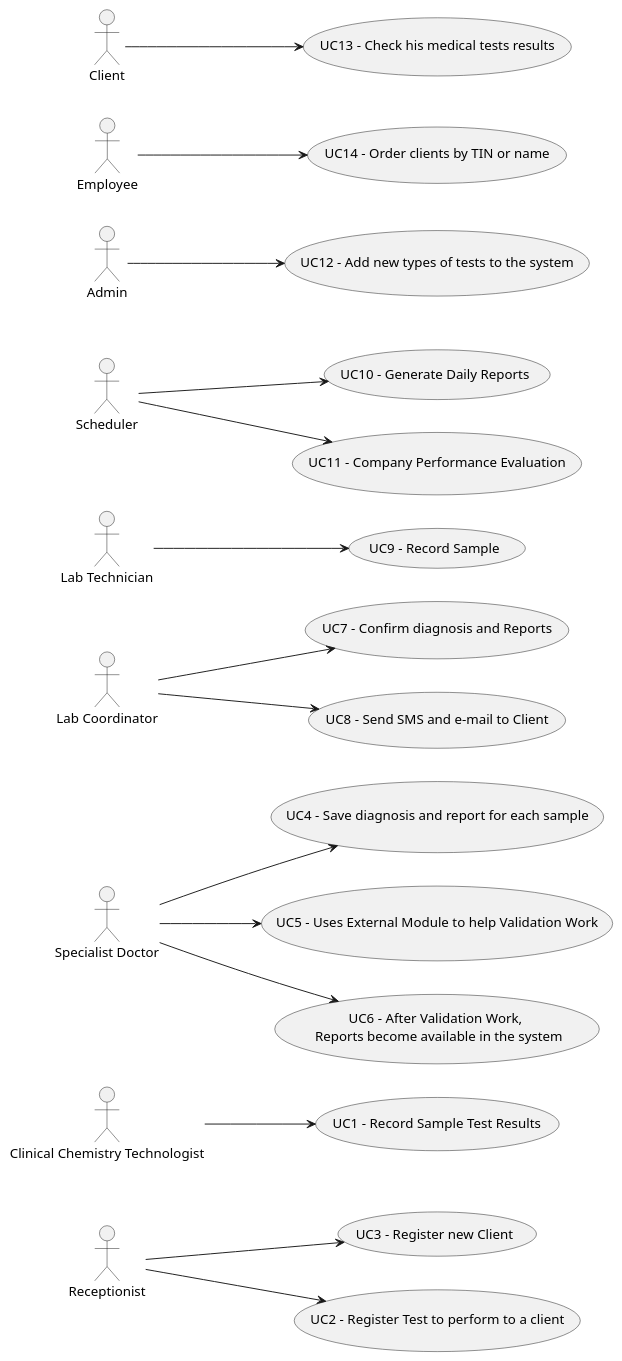
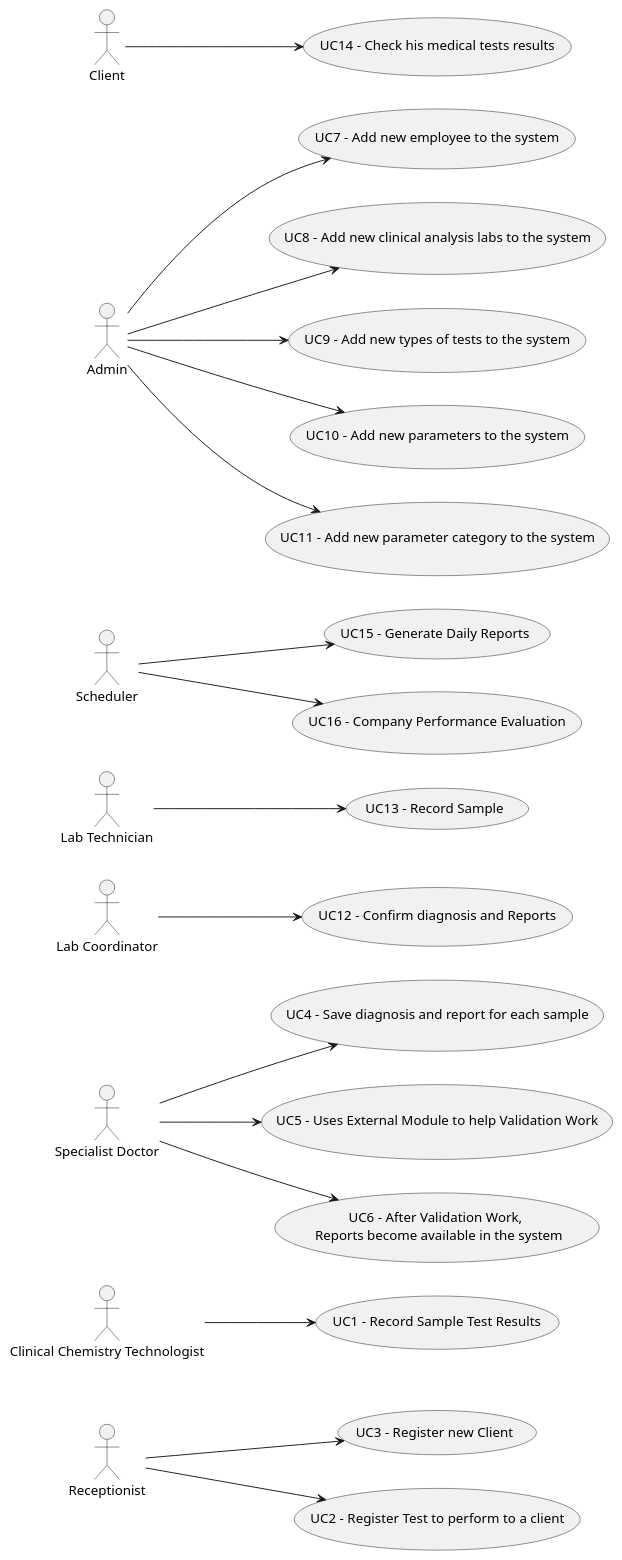
One commit to GuilhermeCunha79/lapr2 changed the diagram in docs/SprintA/UC_Diagram.puml. Above: the diagram before and after it, drawn with PlantUML. The commit also changed 5 other files, not shown here.

Commit message:
[Spelling errors] Commit corrects some spelling errors [UC diagram] Commit updates UC diagram from Sprint A

```diff
--- a/docs/SprintA/UC_Diagram.puml
+++ b/docs/SprintA/UC_Diagram.puml
@@ -1,29 +1,32 @@
 @startuml
 'https://plantuml.com/use-case-diagram
 
 left to right direction
 :Receptionist: as Recep
 Recep --> (UC3 - Register new Client)
 Recep --> (UC2 - Register Test to perform to a client)
 :Clinical Chemistry Technologist: --> (UC1 - Record Sample Test Results)
 :Specialist Doctor: --> (UC4 - Save diagnosis and report for each sample)
 :Specialist Doctor: --> (UC5 - Uses External Module to help Validation Work)
 :Specialist Doctor: --> (UC6 - After Validation Work, \n Reports become available in the system)
 
 :Lab Coordinator: as lc
-(UC7 - Confirm diagnosis and Reports) as UC7
-(UC8 - Send SMS and e-mail to Client) as UC8
+(UC12 - Confirm diagnosis and Reports) as UC12
+
 :Lab Technician: as lt
-(UC9 - Record Sample) as UC9
+(UC13 - Record Sample) as UC13
 
-:Scheduler: --> (UC10 - Generate Daily Reports)
-:Scheduler: --> (UC11 - Company Performance Evaluation)
-lc --> UC7
-lc --> UC8
+:Scheduler: --> (UC15 - Generate Daily Reports)
+:Scheduler: --> (UC16 - Company Performance Evaluation)
+lc --> UC12
 
-lt --> UC9
 
-:Admin: --> (UC12 - Add new types of tests to the system)
-:Employee: --> (UC14 - Order clients by TIN or name)
-:Client: --> (UC13 - Check his medical tests results)
+lt --> UC13
+
+:Admin: --> (UC7 - Add new employee to the system)
+:Admin: --> (UC8 - Add new clinical analysis labs to the system)
+:Admin: --> (UC9 - Add new types of tests to the system)
+:Admin: --> (UC10 - Add new parameters to the system)
+:Admin: --> (UC11 - Add new parameter category to the system)
+:Client: --> (UC14 - Check his medical tests results)
 @enduml
```
